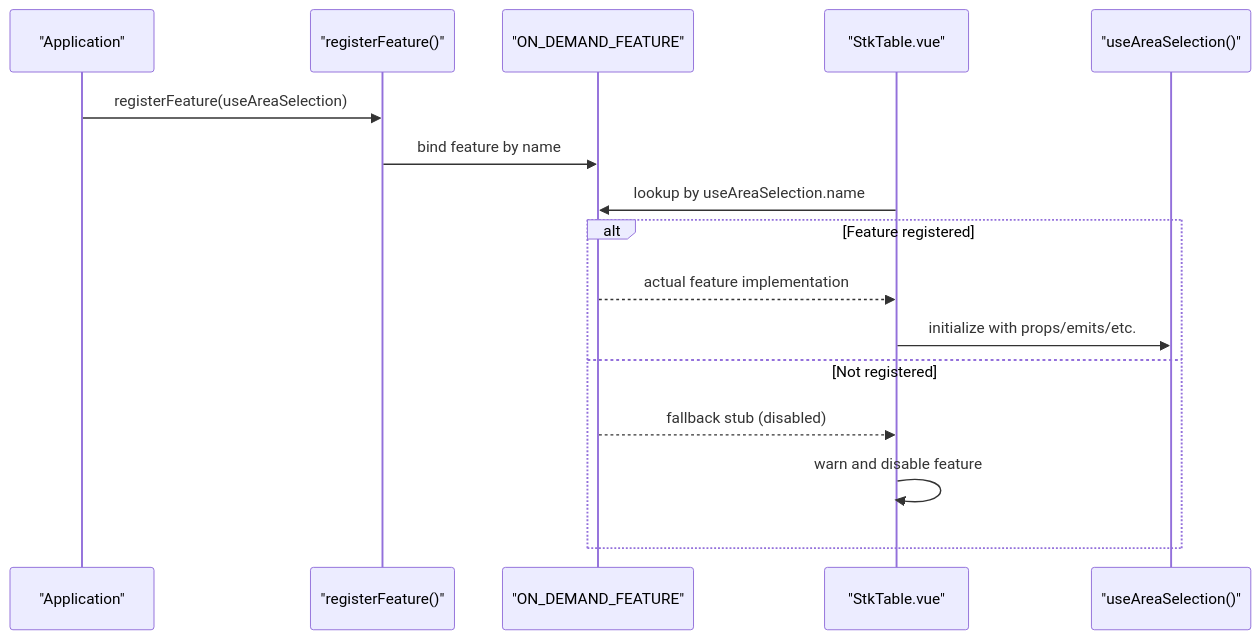
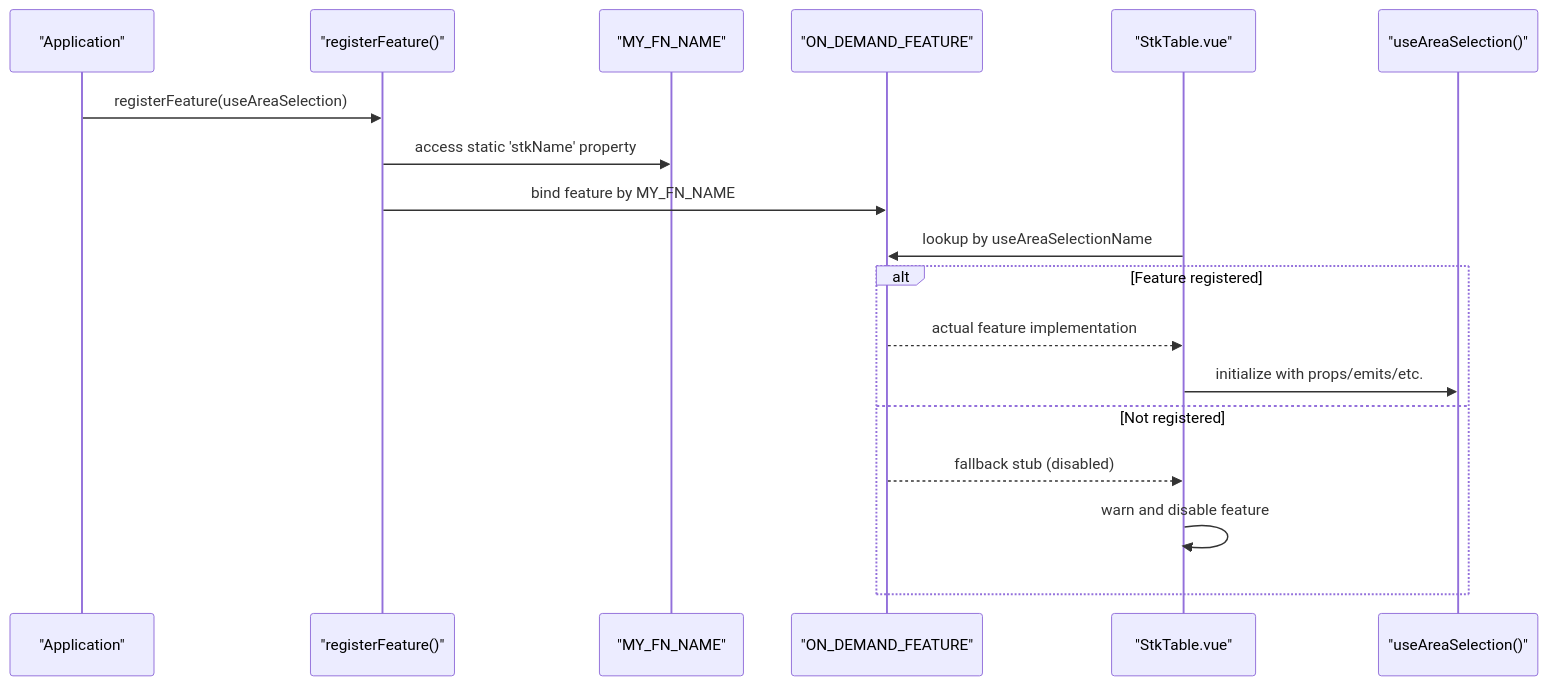
One commit to ja-plus/stk-table-vue changed the second of 6 diagrams in .qoder/repowiki/en/content/Core Concepts/On-Demand Feature Registration.md. Above: the diagram before and after it, drawn with Mermaid. The commit also changed other lines of this file and 2 other files, not shown here.

````diff
--- a/.qoder/repowiki/en/content/Core Concepts/On-Demand Feature Registration.md
+++ b/.qoder/repowiki/en/content/Core Concepts/On-Demand Feature Registration.md
@@ -87,18 +106,20 @@
 ```mermaid
 sequenceDiagram
 participant App as "Application"
 participant Reg as "registerFeature()"
+participant MyFn as "MY_FN_NAME"
 participant RegObj as "ON_DEMAND_FEATURE"
 participant Comp as "StkTable.vue"
 participant Feat as "useAreaSelection()"
 App->>Reg : registerFeature(useAreaSelection)
-Reg->>RegObj : bind feature by name
-Comp->>RegObj : lookup by useAreaSelection.name
+Reg->>MyFn : access static 'stkName' property
+Reg->>RegObj : bind feature by MY_FN_NAME
+Comp->>RegObj : lookup by useAreaSelectionName
 alt Feature registered
 RegObj-->>Comp : actual feature implementation
 Comp->>Feat : initialize with props/emits/etc.
 else Not registered
 RegObj-->>Comp : fallback stub (disabled)
 Comp->>Comp : warn and disable feature
 end
 ```
````
